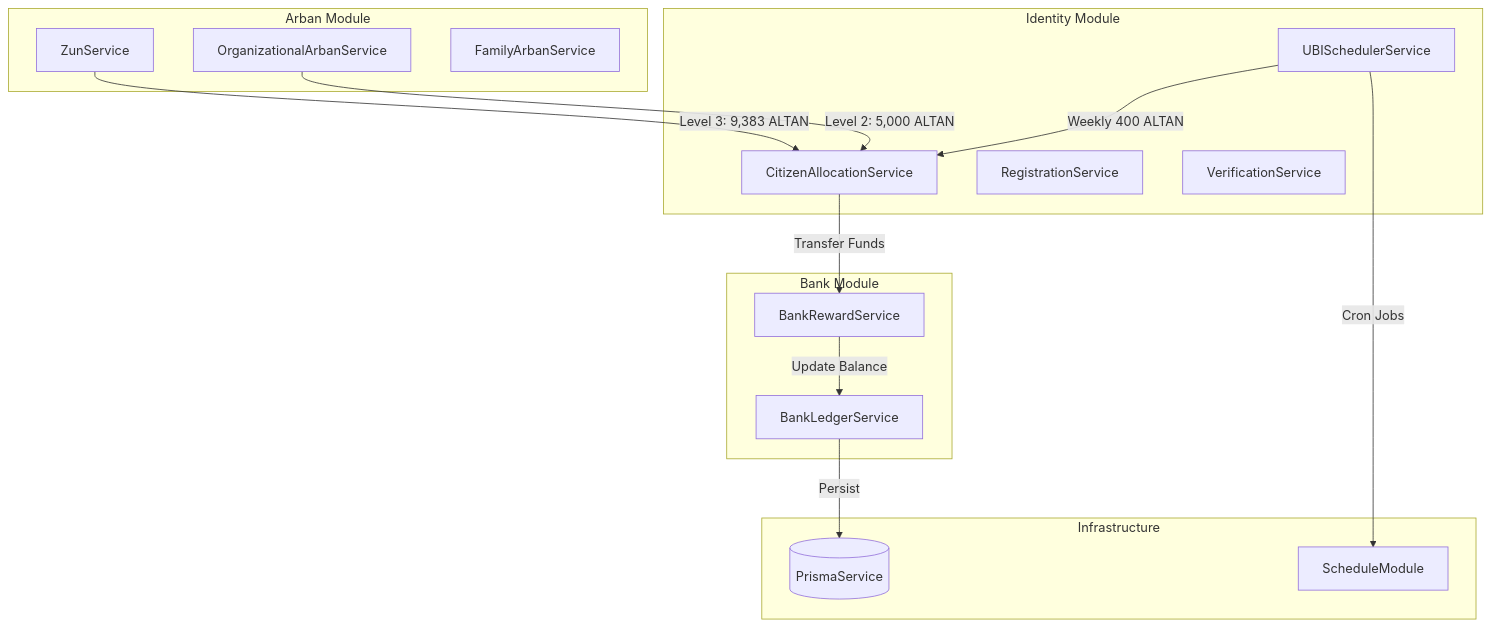
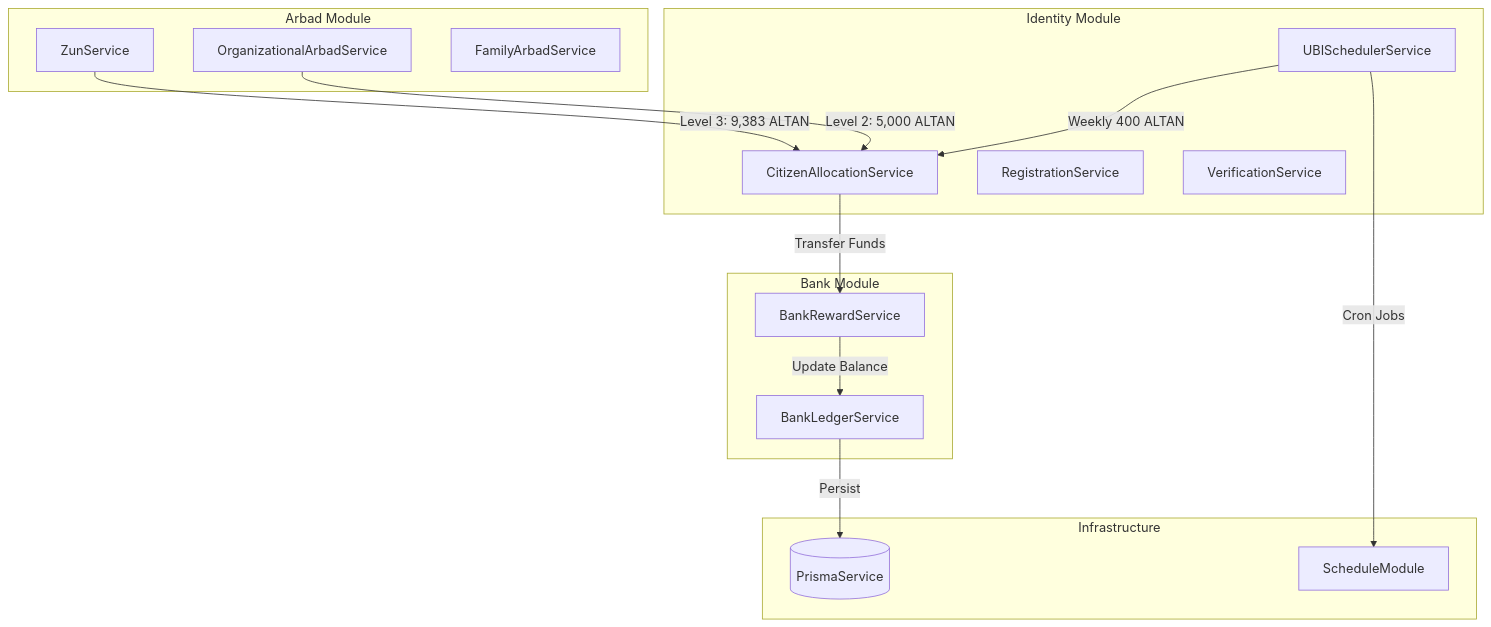
Before and after one commit to Khongirad/INOMAD: the diagram in docs/management/PROJECT_STATUS_FEB_06_2026.md, drawn with Mermaid. The commit also changed other lines of this file and 217 other files, not shown here.

````diff
--- a/docs/management/PROJECT_STATUS_FEB_06_2026.md
+++ b/docs/management/PROJECT_STATUS_FEB_06_2026.md
@@ -146,33 +146,33 @@
 ```mermaid
 graph TB
     subgraph "Identity Module"
         UBI[UBISchedulerService]
         Alloc[CitizenAllocationService]
         Reg[RegistrationService]
         Ver[VerificationService]
     end
     
-    subgraph "Arban Module"
+    subgraph "Arbad Module"
         Zun[ZunService]
-        OrgArban[OrganizationalArbanService]
-        FamArban[FamilyArbanService]
+        OrgArbad[OrganizationalArbadService]
+        FamArbad[FamilyArbadService]
     end
     
     subgraph "Bank Module"
         Reward[BankRewardService]
         Ledger[BankLedgerService]
     end
     
     subgraph "Infrastructure"
         Prisma[(PrismaService)]
         Schedule[ScheduleModule]
     end
     
     UBI -->|Weekly 400 ALTAN| Alloc
     Zun -->|Level 3: 9,383 ALTAN| Alloc
-    OrgArban -->|Level 2: 5,000 ALTAN| Alloc
+    OrgArbad -->|Level 2: 5,000 ALTAN| Alloc
     Alloc -->|Transfer Funds| Reward
     Reward -->|Update Balance| Ledger
     Ledger -->|Persist| Prisma
     UBI -->|Cron Jobs| Schedule
 ```
````
